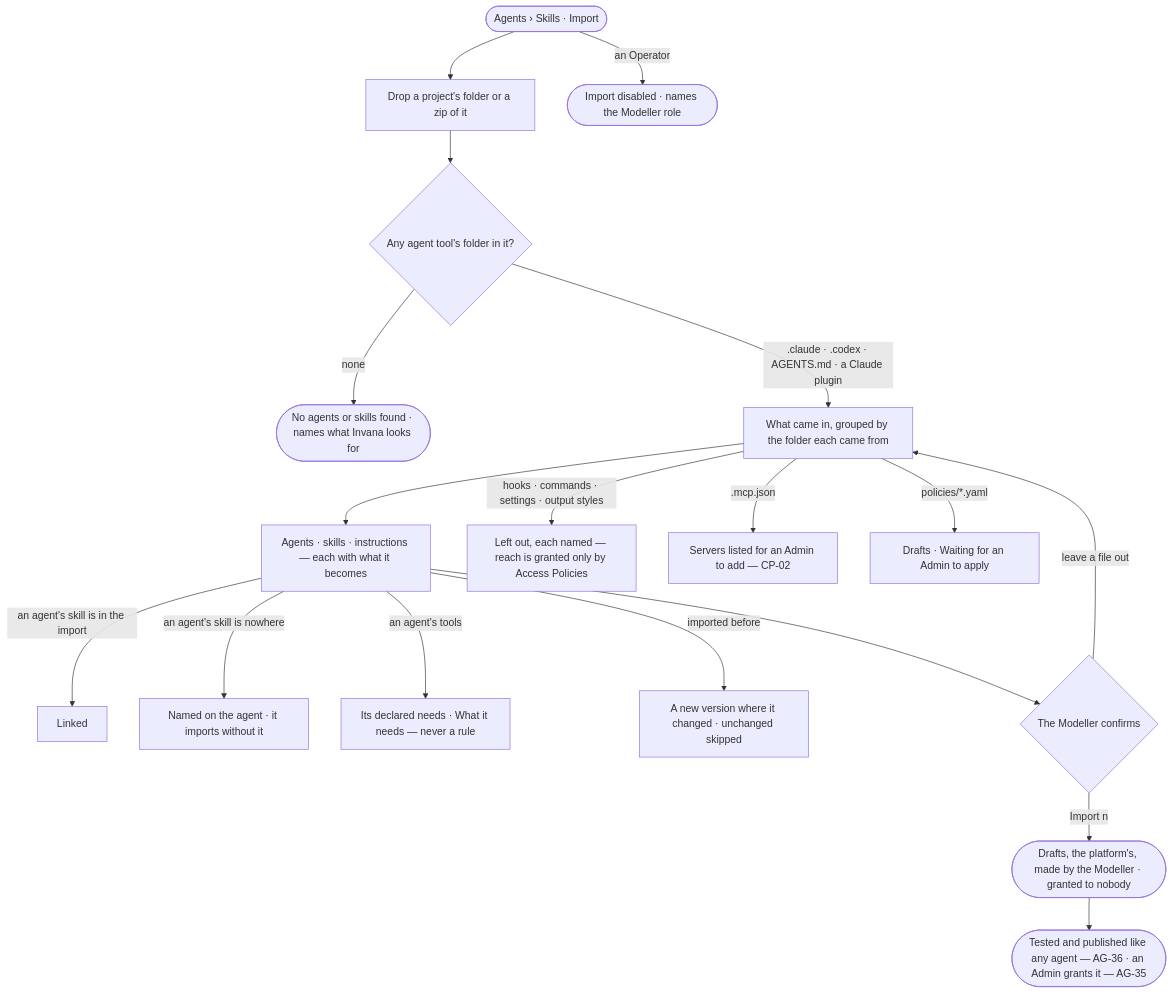
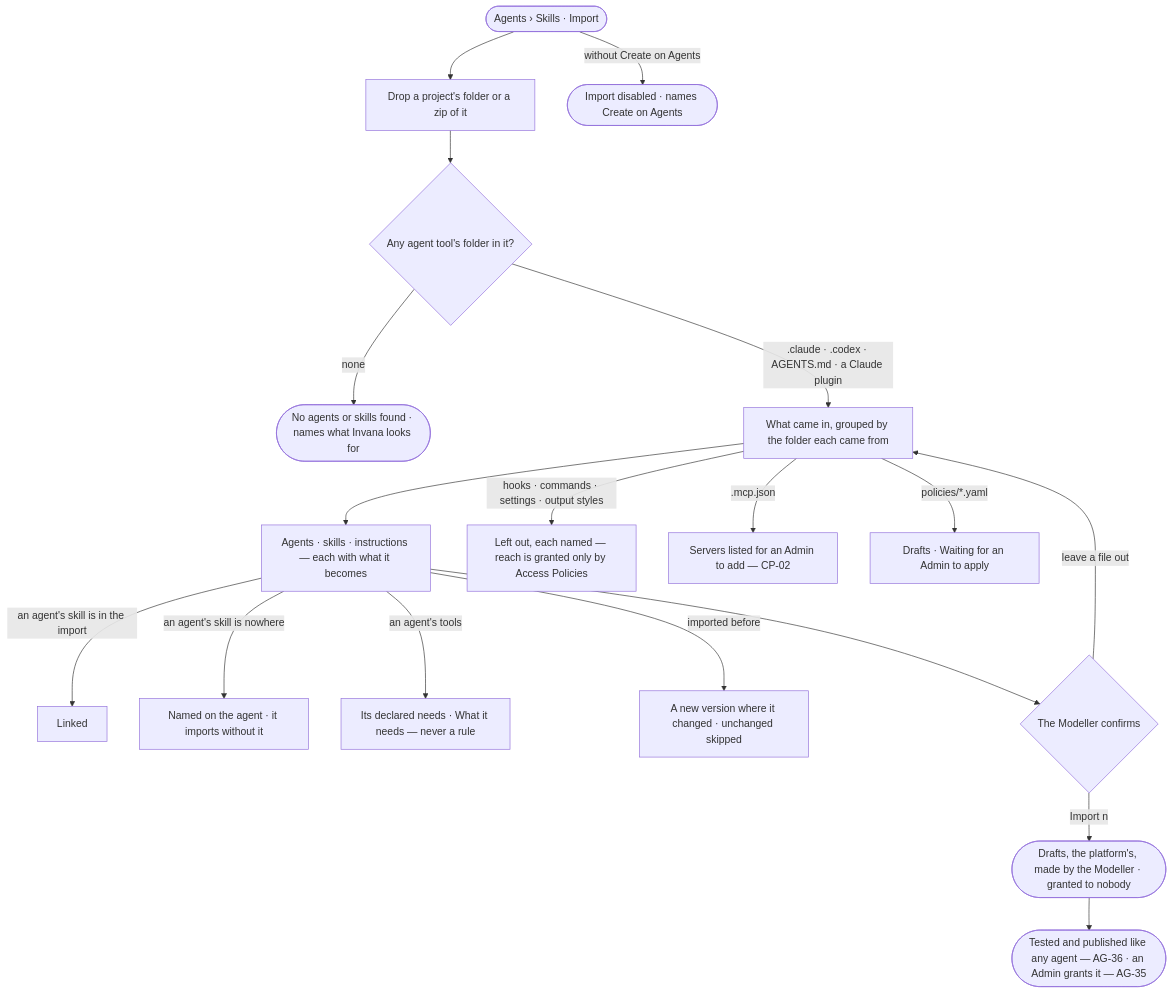
One commit to invana/invana changed the diagram in specs/capabilities/agents/features/AG-F08-portable-agents-and-skills/stories/AG-63-bring-in-agents-and-skills-from-an-agent-tools-folder/story.md. Above: the diagram before and after it, drawn with Mermaid. The commit also changed other lines of this file and 456 other files, not shown here.

````diff
--- a/specs/capabilities/agents/features/AG-F08-portable-agents-and-skills/stories/AG-63-bring-in-agents-and-skills-from-an-agent-tools-folder/story.md
+++ b/specs/capabilities/agents/features/AG-F08-portable-agents-and-skills/stories/AG-63-bring-in-agents-and-skills-from-an-agent-tools-folder/story.md
@@ -31,20 +30,20 @@
 ```mermaid
 flowchart TD
   a([Agents › Skills · Import]) --> d["Drop a project's folder or a zip of it"]
   d --> f{"Any agent tool's folder in it?"}
   f -->|none| n(["No agents or skills found · names what Invana looks for"])
   f -->|.claude · .codex · AGENTS.md · a Claude plugin| g["What came in, grouped by the folder each came from"]
   g --> ag["Agents · skills · instructions — each with what it becomes"]
   ag -->|an agent's skill is in the import| ln["Linked"]
   ag -->|an agent's skill is nowhere| lm["Named on the agent · it imports without it"]
   ag -->|an agent's tools| nd["Its declared needs · What it needs — never a rule"]
   g -->|hooks · commands · settings · output styles| lo["Left out, each named — reach is granted only by Access Policies"]
   g -->|.mcp.json| ms["Servers listed for an Admin to add — CP-02"]
   g -->|policies/*.yaml| pf["Drafts · Waiting for an Admin to apply"]
   ag -->|imported before| nv["A new version where it changed · unchanged skipped"]
   ag --> cf{"The Modeller confirms"}
   cf -->|Import n| s(["Drafts, the platform's, made by the Modeller · granted to nobody"])
   cf -->|leave a file out| g
   s --> t(["Tested and published like any agent — AG-36 · an Admin grants it — AG-35"])
-  a -->|an Operator| no(["Import disabled · names the Modeller role"])
+  a -->|without Create on Agents| no(["Import disabled · names Create on Agents"])
 ```
````
